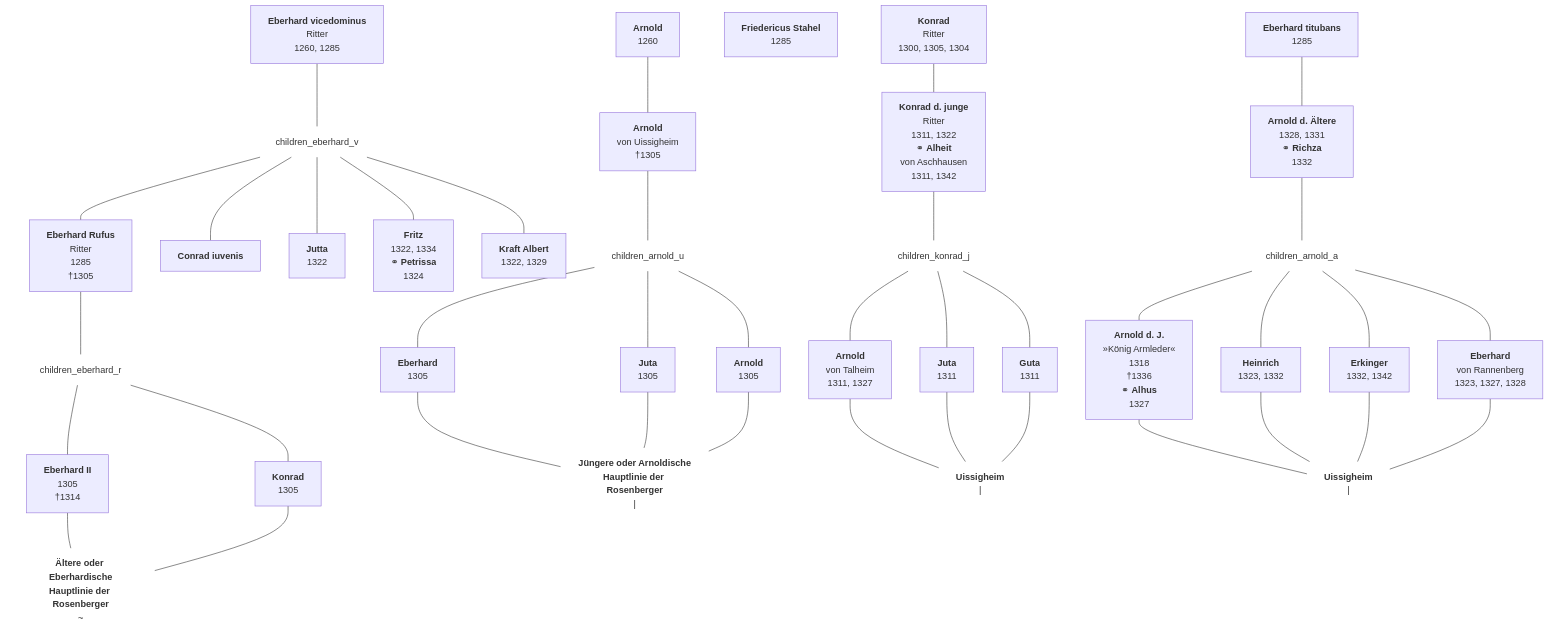
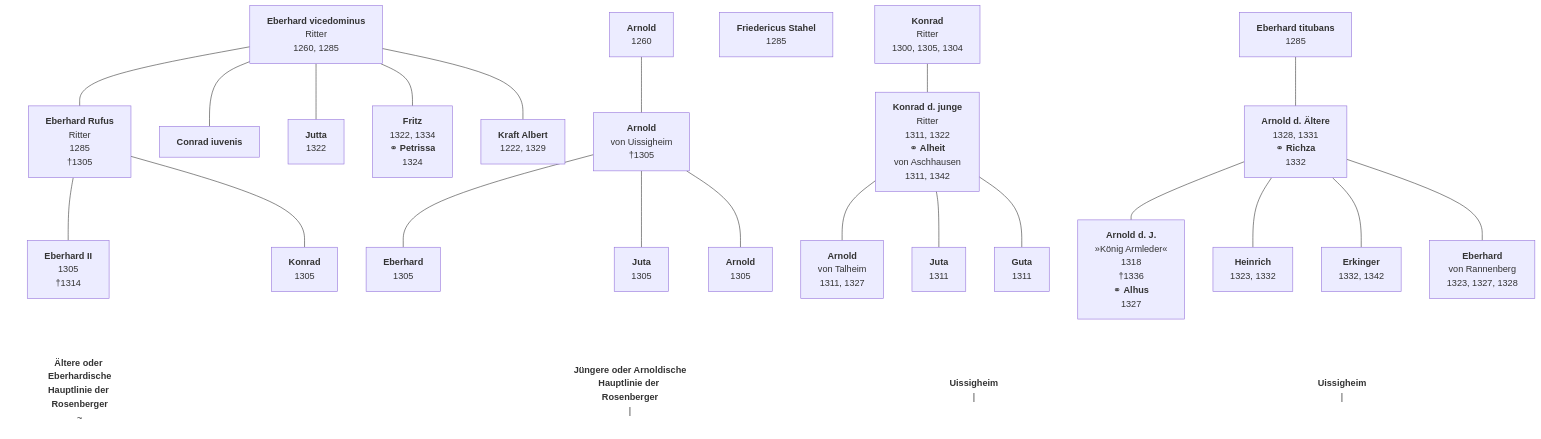
One commit to JacekPietras/Rosenberg changed the diagram in data/sections/neumaier_1986.md. Above: the diagram before and after it, drawn with Mermaid. The commit also changed 2 other files, not shown here.

````diff
--- a/data/sections/neumaier_1986.md
+++ b/data/sections/neumaier_1986.md
@@ -51,76 +51,67 @@
 ```mermaid
 flowchart TD
 %% -- Node Definitions --
 
 %% Generation 1
     p1_eberhard_v["<b>Eberhard vicedominus</b><br>Ritter<br>1260, 1285"]
     p1_arnold_1260["<b>Arnold</b><br>1260"]
     p1_friedericus["<b>Friedericus Stahel</b><br>1285"]
     p1_konrad_1300["<b>Konrad</b><br>Ritter<br>1300, 1305, 1304"]
     p1_eberhard_t["<b>Eberhard titubans</b><br>1285"]
 
 %% Generation 2
     p2_eberhard_r["<b>Eberhard Rufus</b><br>Ritter<br>1285<br>†1305"]
     p2_conrad_i["<b>Conrad iuvenis</b>"]
     p2_jutta["<b>Jutta</b><br>1322"]
     p2_fritz_family["<b>Fritz</b><br>1322, 1334<br>⚭ <b>Petrissa</b><br>1324"]
-    p2_kraft_albert["<b>Kraft Albert</b><br>1322, 1329"]
+    p2_kraft_albert["<b>Kraft Albert</b><br>1222, 1329"]
     p2_arnold_u["<b>Arnold</b><br>von Uissigheim<br>†1305"]
     p2_konrad_j_family["<b>Konrad d. junge</b><br>Ritter<br>1311, 1322<br>⚭ <b>Alheit</b><br>von Aschhausen<br>1311, 1342"]
     p2_arnold_a_family["<b>Arnold d. Ältere</b><br>1328, 1331<br>⚭ <b>Richza</b><br>1332"]
 
 %% Generation 3
     p3_eberhard_2["<b>Eberhard II</b><br>1305<br>†1314"]
     p3_konrad_1305["<b>Konrad</b><br>1305"]
     p3_eberhard_1305["<b>Eberhard</b><br>1305"]
     p3_juta_1305["<b>Juta</b><br>1305"]
     p3_arnold_1305["<b>Arnold</b><br>1305"]
     p3_arnold_t["<b>Arnold</b><br>von Talheim<br>1311, 1327"]
     p3_juta_1311["<b>Juta</b><br>1311"]
     p3_guta["<b>Guta</b><br>1311"]
     p3_arnold_j_family["<b>Arnold d. J.</b><br>»König Armleder«<br>1318<br>†1336<br>⚭ <b>Alhus</b><br>1327"]
     p3_heinrich["<b>Heinrich</b><br>1323, 1332"]
     p3_erkinger["<b>Erkinger</b><br>1332, 1342"]
     p3_eberhard_rann["<b>Eberhard</b><br>von Rannenberg<br>1323, 1327, 1328"]
 
 %% Lineage Descriptions
     line_aeltere["<b>Ältere oder Eberhardische<br>Hauptlinie der Rosenberger</b><br>~"]
     line_juengere["<b>Jüngere oder Arnoldische<br>Hauptlinie der Rosenberger</b><br>|"]
     uissigheim_1["<b>Uissigheim</b><br>|"]
     uissigheim_2["<b>Uissigheim</b><br>|"]
 
-%% Invisible routing nodes
-    children_eberhard_v
-    children_konrad_j
-    children_arnold_a
-    children_eberhard_r
-    children_arnold_u
-
 %% -- Connections --
 
-%% Parent to Children
-    p1_eberhard_v --- children_eberhard_v
-    children_eberhard_v --- p2_eberhard_r & p2_conrad_i & p2_jutta & p2_fritz_family & p2_kraft_albert
-
+%% Parent-to-child connections (20 links total, indices 0-19)
+    p1_eberhard_v --- p2_eberhard_r & p2_conrad_i & p2_jutta & p2_fritz_family & p2_kraft_albert
     p1_arnold_1260 --- p2_arnold_u
     p1_konrad_1300 --- p2_konrad_j_family
     p1_eberhard_t --- p2_arnold_a_family
 
-    p2_eberhard_r --- children_eberhard_r --- p3_eberhard_2 & p3_konrad_1305
-    p2_arnold_u --- children_arnold_u --- p3_eberhard_1305 & p3_juta_1305 & p3_arnold_1305
-    p2_konrad_j_family --- children_konrad_j --- p3_arnold_t & p3_juta_1311 & p3_guta
-    p2_arnold_a_family --- children_arnold_a --- p3_arnold_j_family & p3_heinrich & p3_erkinger & p3_eberhard_rann
+    p2_eberhard_r --- p3_eberhard_2 & p3_konrad_1305
+    p2_arnold_u --- p3_eberhard_1305 & p3_juta_1305 & p3_arnold_1305
+    p2_konrad_j_family --- p3_arnold_t & p3_juta_1311 & p3_guta
+    p2_arnold_a_family --- p3_arnold_j_family & p3_heinrich & p3_erkinger & p3_eberhard_rann
 
-%% Children to Lineage -- **FIXED: Direct connections from children to lineage**
+%% Children to Lineage connections (12 links total, indices 20-31)
     p3_eberhard_2 & p3_konrad_1305 --- line_aeltere
     p3_eberhard_1305 & p3_juta_1305 & p3_arnold_1305 --- line_juengere
     p3_arnold_t & p3_juta_1311 & p3_guta --- uissigheim_1
     p3_arnold_j_family & p3_heinrich & p3_erkinger & p3_eberhard_rann --- uissigheim_2
 
 %% -- Styling --
-    classDef invis fill:transparent,stroke:transparent
-    class children_eberhard_v,children_konrad_j,children_arnold_a,children_eberhard_r,children_arnold_u invis
-
     classDef noborder stroke:none,fill:transparent
     class line_aeltere,line_juengere,uissigheim_1,uissigheim_2 noborder
+
+%%  Make the 12 lineage connection lines invisible**
+    linkStyle 20,21,22,23,24,25,26,27,28,29,30,31 stroke-width:0px
 ```
````
